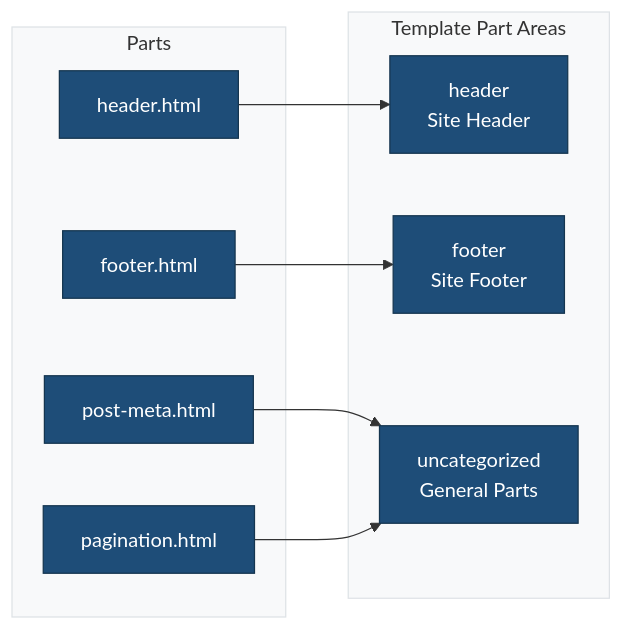
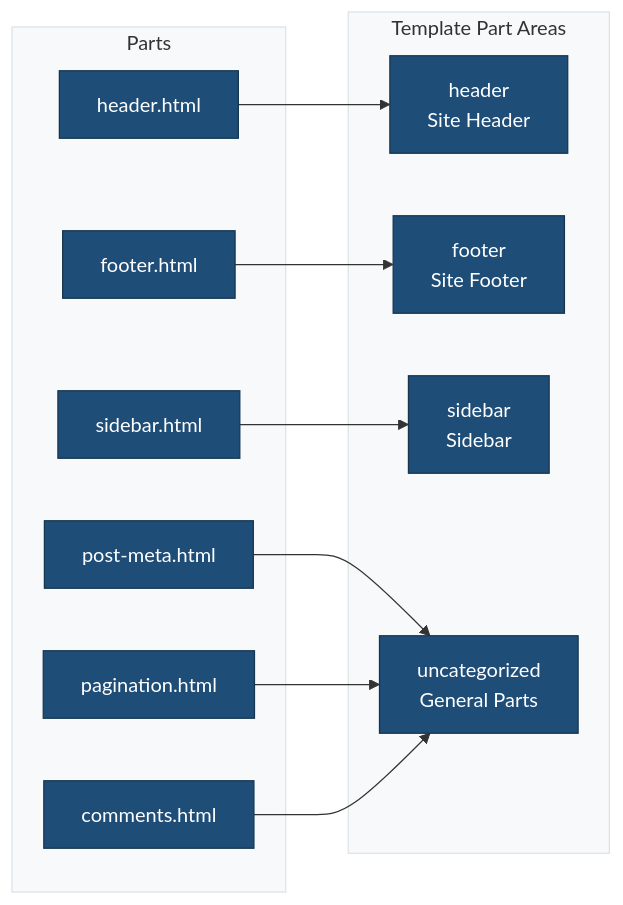
Before and after one commit to lightspeedwp/block-theme-scaffold-template: the second of 2 diagrams in parts/README.md, drawn with Mermaid. The commit also changed other lines of this file and 6 other files, not shown here.

````diff
--- a/parts/README.md
+++ b/parts/README.md
@@ -149,21 +193,26 @@
 ```mermaid
 %%{init: {'theme': 'base', 'themeVariables': { 'primaryColor': '#1e4d78', 'primaryTextColor': '#ffffff', 'primaryBorderColor': '#15354f', 'lineColor': '#333333', 'secondaryColor': '#f0f0f0', 'tertiaryColor': '#e8e8e8', 'background': '#ffffff', 'mainBkg': '#1e4d78', 'textColor': '#333333', 'nodeBorder': '#15354f', 'clusterBkg': '#f8f9fa', 'clusterBorder': '#dee2e6', 'titleColor': '#333333'}}}%%
 flowchart LR
     subgraph Areas["Template Part Areas"]
         HeaderArea["header<br/>Site Header"]
         FooterArea["footer<br/>Site Footer"]
+        SidebarArea["sidebar<br/>Sidebar"]
         Uncategorized["uncategorized<br/>General Parts"]
     end
 
     subgraph Parts["Parts"]
         H["header.html"]
         F["footer.html"]
+        S["sidebar.html"]
         PM["post-meta.html"]
         PG["pagination.html"]
+        C["comments.html"]
     end
 
     H --> HeaderArea
     F --> FooterArea
+    S --> SidebarArea
     PM --> Uncategorized
     PG --> Uncategorized
+    C --> Uncategorized
 ```
````
